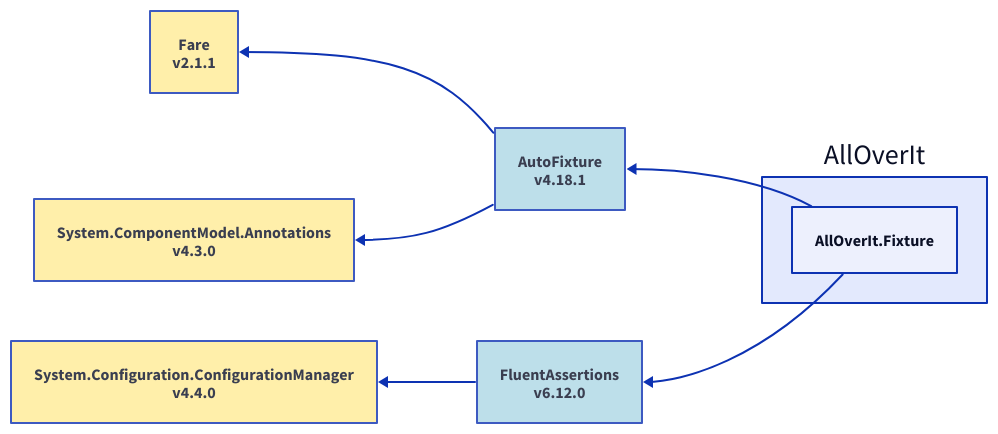
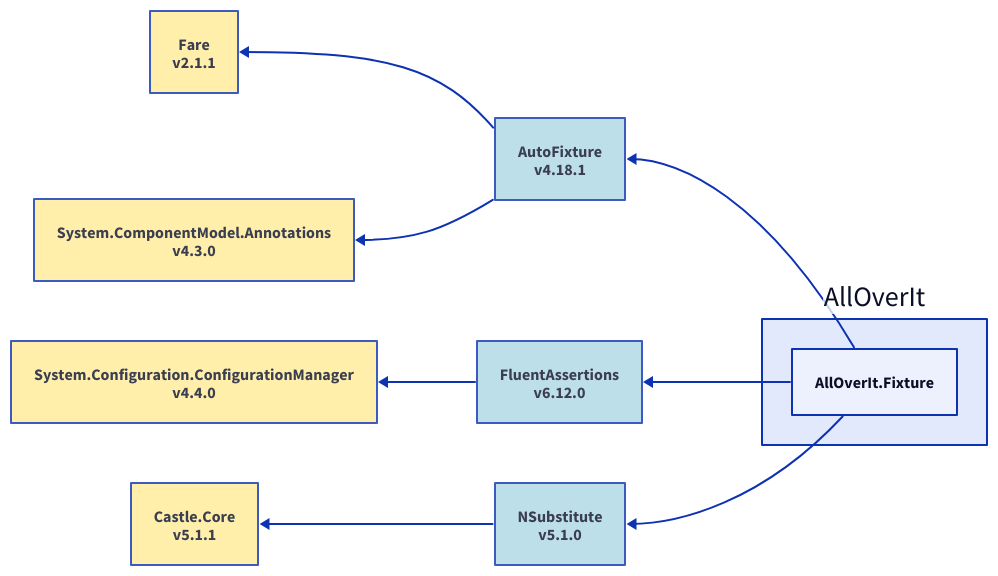
One commit to mjfreelancing/AllOverIt changed the diagram in Docs/Reference/Content/images/dependencies/net8.0/alloverit-fixture.d2. Above: the diagram before and after it, drawn with D2. The commit also changed 108 other files, not shown here.

```diff
--- a/Docs/Reference/Content/images/dependencies/net8.0/alloverit-fixture.d2
+++ b/Docs/Reference/Content/images/dependencies/net8.0/alloverit-fixture.d2
@@ -1,24 +1,32 @@
 direction: left
 
 aoi: AllOverIt
 aoi.alloverit-fixture: AllOverIt.Fixture
 autofixture_4-18-1: AutoFixture\nv4.18.1
 autofixture_4-18-1.style.fill: "#ADD8E6"
 autofixture_4-18-1.style.opacity: 0.8
 fare_2-1-1: Fare\nv2.1.1
 fare_2-1-1.style.fill: "#FFEC96"
 fare_2-1-1.style.opacity: 0.8
 fare_2-1-1 <- autofixture_4-18-1
 system-componentmodel-annotations_4-3-0: System.ComponentModel.Annotations\nv4.3.0
 system-componentmodel-annotations_4-3-0.style.fill: "#FFEC96"
 system-componentmodel-annotations_4-3-0.style.opacity: 0.8
 system-componentmodel-annotations_4-3-0 <- autofixture_4-18-1
 autofixture_4-18-1 <- aoi.alloverit-fixture
 fluentassertions_6-12-0: FluentAssertions\nv6.12.0
 fluentassertions_6-12-0.style.fill: "#ADD8E6"
 fluentassertions_6-12-0.style.opacity: 0.8
 system-configuration-configurationmanager_4-4-0: System.Configuration.ConfigurationManager\nv4.4.0
 system-configuration-configurationmanager_4-4-0.style.fill: "#FFEC96"
 system-configuration-configurationmanager_4-4-0.style.opacity: 0.8
 system-configuration-configurationmanager_4-4-0 <- fluentassertions_6-12-0
 fluentassertions_6-12-0 <- aoi.alloverit-fixture
+nsubstitute_5-1-0: NSubstitute\nv5.1.0
+nsubstitute_5-1-0.style.fill: "#ADD8E6"
+nsubstitute_5-1-0.style.opacity: 0.8
+castle-core_5-1-1: Castle.Core\nv5.1.1
+castle-core_5-1-1.style.fill: "#FFEC96"
+castle-core_5-1-1.style.opacity: 0.8
+castle-core_5-1-1 <- nsubstitute_5-1-0
+nsubstitute_5-1-0 <- aoi.alloverit-fixture
```
